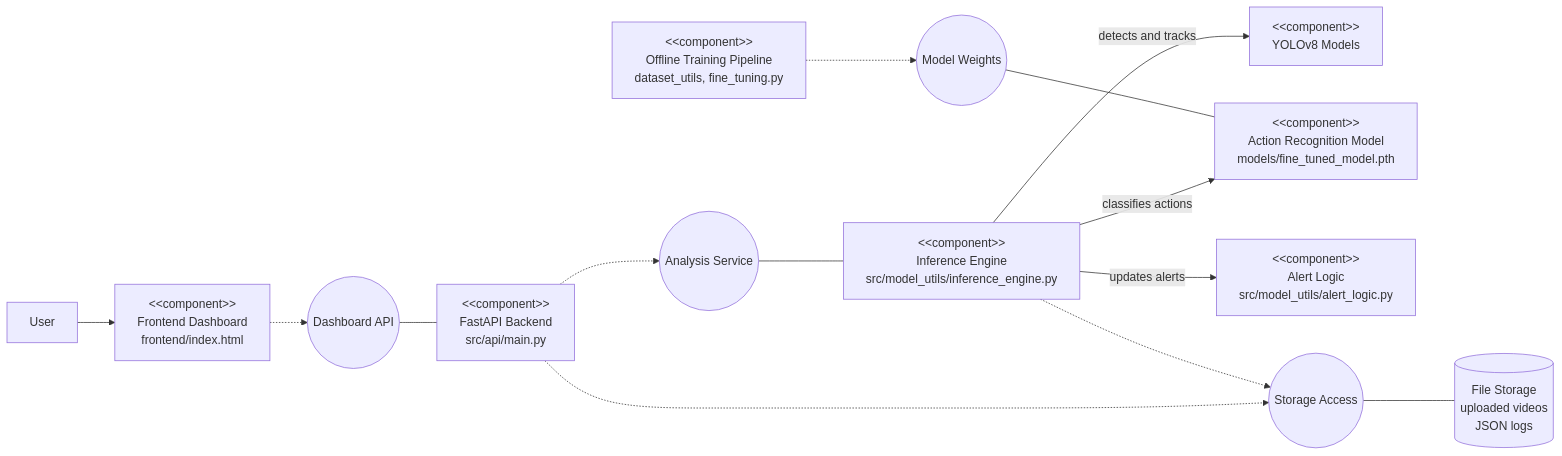
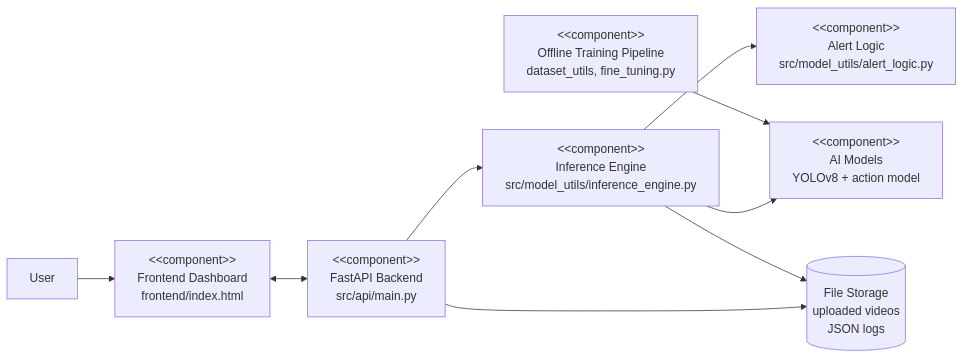
One commit to Magda1103/Problem-Workshop-in-Software-Engineering changed the first of 5 diagrams in PROJECT_DOCUMENTATION.md. Above: the diagram before and after it, drawn with Mermaid. The commit also changed other lines of this file, not shown here.

Commit message:
Md change

````diff
--- a/PROJECT_DOCUMENTATION.md
+++ b/PROJECT_DOCUMENTATION.md
@@ -164,37 +164,21 @@
 ```mermaid
 flowchart LR
     User["User"]
 
     Frontend["&lt;&lt;component&gt;&gt;<br/>Frontend Dashboard<br/>frontend/index.html"]
     Backend["&lt;&lt;component&gt;&gt;<br/>FastAPI Backend<br/>src/api/main.py"]
     Engine["&lt;&lt;component&gt;&gt;<br/>Inference Engine<br/>src/model_utils/inference_engine.py"]
-    Yolo["&lt;&lt;component&gt;&gt;<br/>YOLOv8 Models"]
-    ActionModel["&lt;&lt;component&gt;&gt;<br/>Action Recognition Model<br/>models/fine_tuned_model.pth"]
+    Models["&lt;&lt;component&gt;&gt;<br/>AI Models<br/>YOLOv8 + action model"]
     AlertLogic["&lt;&lt;component&gt;&gt;<br/>Alert Logic<br/>src/model_utils/alert_logic.py"]
     Training["&lt;&lt;component&gt;&gt;<br/>Offline Training Pipeline<br/>dataset_utils, fine_tuning.py"]
     Storage[("File Storage<br/>uploaded videos<br/>JSON logs")]
 
-    DashboardAPI(("Dashboard API"))
-    AnalysisService(("Analysis Service"))
-    StorageAccess(("Storage Access"))
-    ModelWeights(("Model Weights"))
-
     User --> Frontend
-
-    Frontend -.-> DashboardAPI
-    DashboardAPI --- Backend
-
-    Backend -.-> AnalysisService
-    AnalysisService --- Engine
-
-    Backend -.-> StorageAccess
-    Engine -.-> StorageAccess
-    StorageAccess --- Storage
-
-    Engine -->|detects and tracks| Yolo
-    Engine -->|classifies actions| ActionModel
-    Engine -->|updates alerts| AlertLogic
-
-    Training -.-> ModelWeights
-    ModelWeights --- ActionModel
+    Frontend <--> Backend
+    Backend --> Engine
+    Backend --> Storage
+    Engine --> Models
+    Engine --> AlertLogic
+    Engine --> Storage
+    Training --> Models
 ```
````
